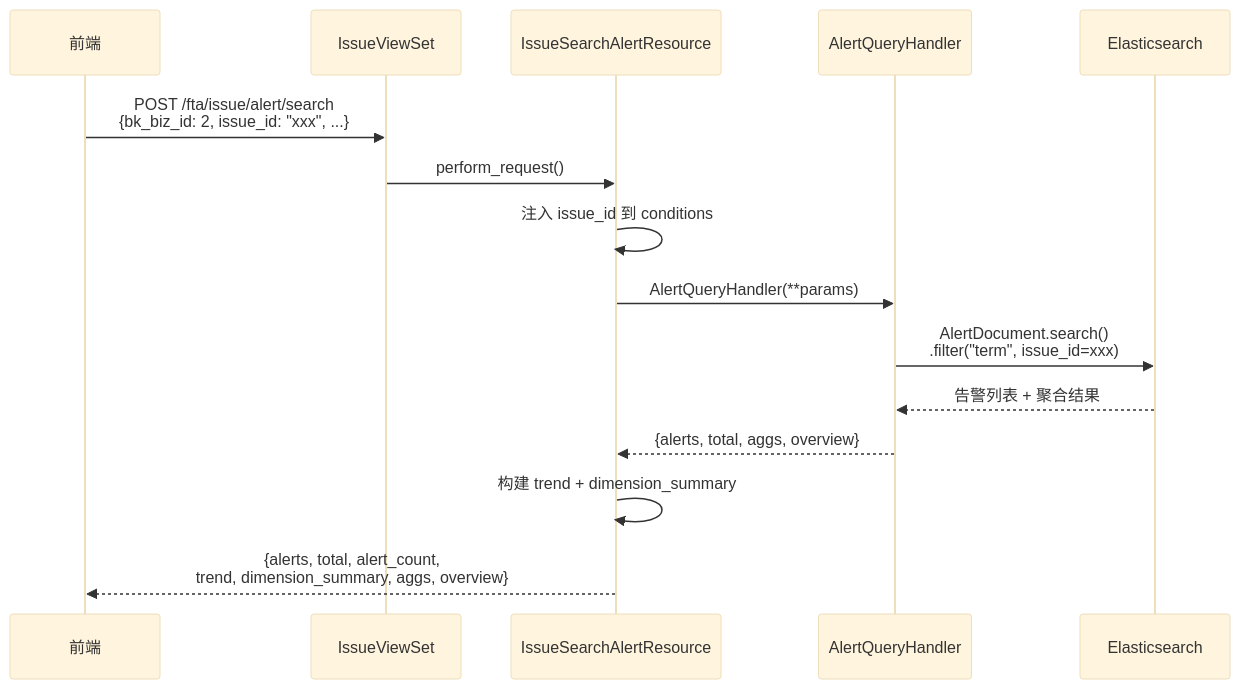
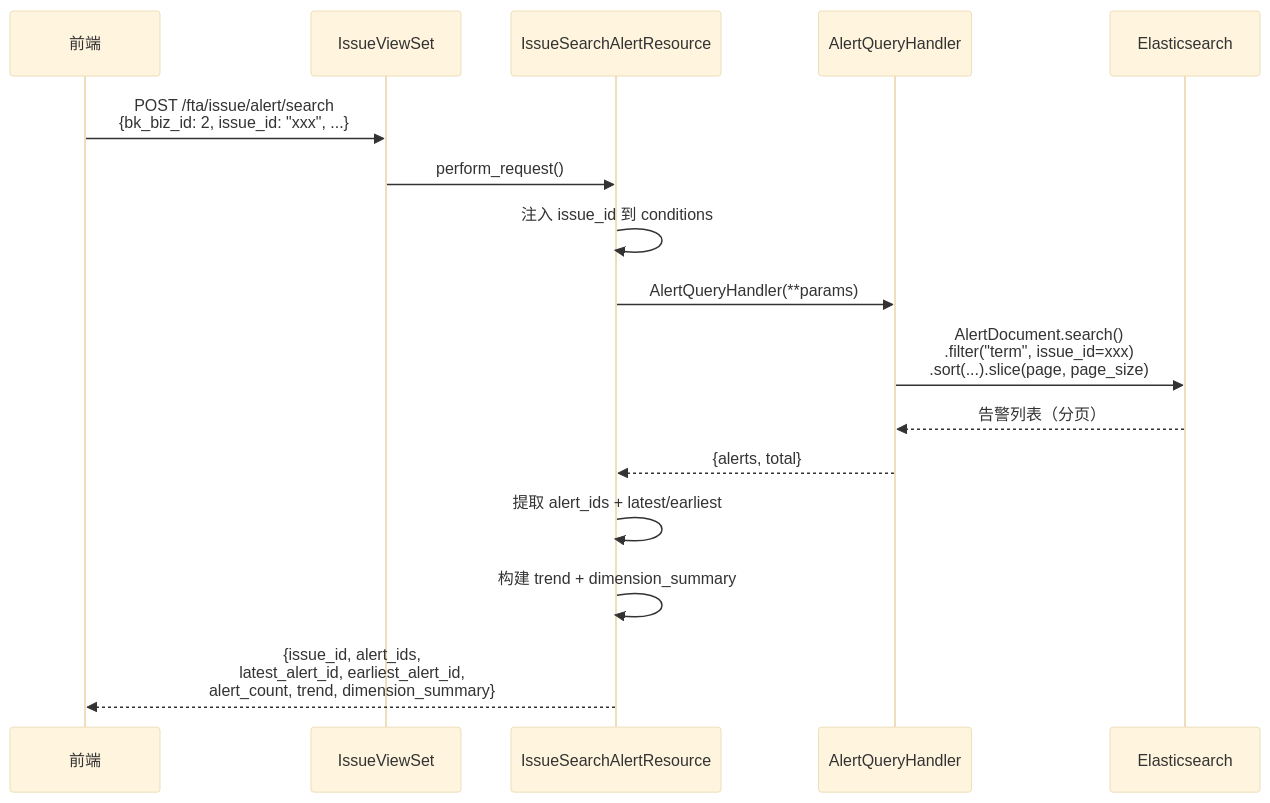
One commit to HACK-WU/bk-monitor changed the diagram in bkmonitor/docs/design/design/Issue告警查询接口设计.md. Above: the diagram before and after it, drawn with Mermaid (base theme). The commit also changed other lines of this file and 3 other files, not shown here.

````diff
--- a/bkmonitor/docs/design/design/Issue告警查询接口设计.md
+++ b/bkmonitor/docs/design/design/Issue告警查询接口设计.md
@@ -222,18 +319,19 @@
 ```mermaid
 sequenceDiagram
     participant FE as 前端
     participant View as IssueViewSet
     participant Res as IssueSearchAlertResource
     participant Handler as AlertQueryHandler
     participant ES as Elasticsearch
 
     FE->>View: POST /fta/issue/alert/search<br/>{bk_biz_id: 2, issue_id: "xxx", ...}
     View->>Res: perform_request()
     Res->>Res: 注入 issue_id 到 conditions
     Res->>Handler: AlertQueryHandler(**params)
-    Handler->>ES: AlertDocument.search()<br/>.filter("term", issue_id=xxx)
-    ES-->>Handler: 告警列表 + 聚合结果
-    Handler-->>Res: {alerts, total, aggs, overview}
+    Handler->>ES: AlertDocument.search()<br/>.filter("term", issue_id=xxx)<br/>.sort(...).slice(page, page_size)
+    ES-->>Handler: 告警列表（分页）
+    Handler-->>Res: {alerts, total}
+    Res->>Res: 提取 alert_ids + latest/earliest
     Res->>Res: 构建 trend + dimension_summary
-    Res-->>FE: {alerts, total, alert_count,<br/>trend, dimension_summary, aggs, overview}
+    Res-->>FE: {issue_id, alert_ids,<br/>latest_alert_id, earliest_alert_id,<br/>alert_count, trend, dimension_summary}
 ```
````
